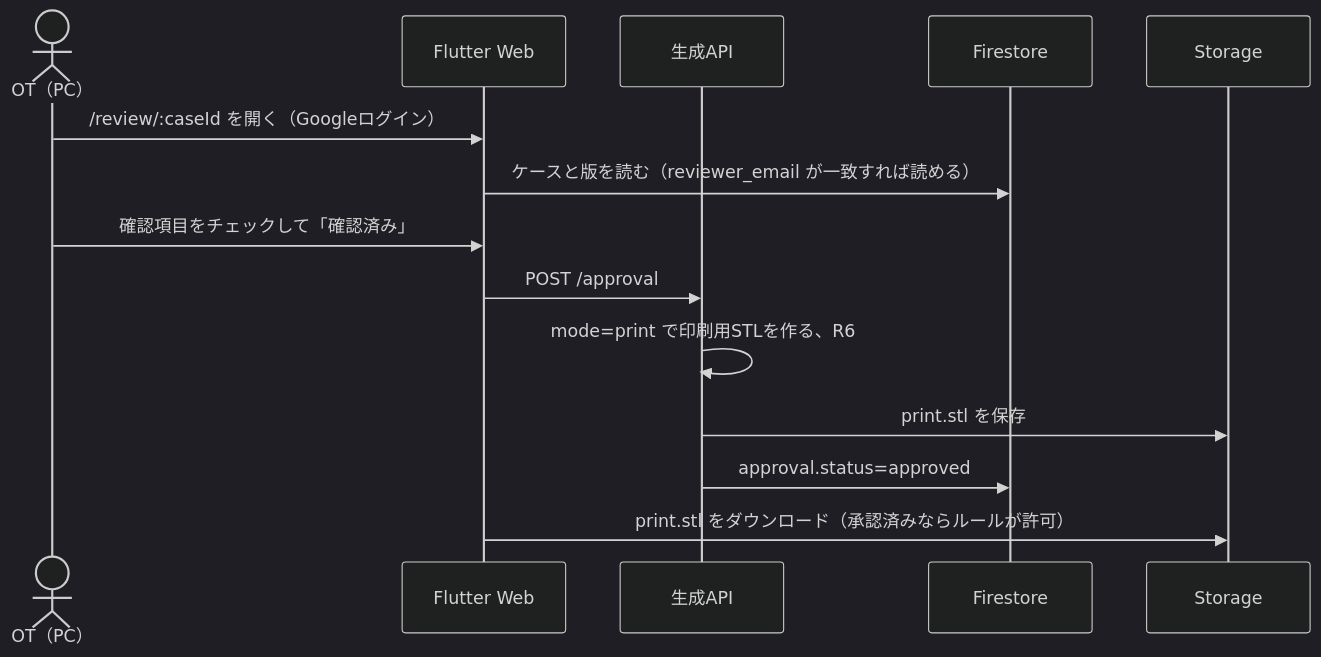
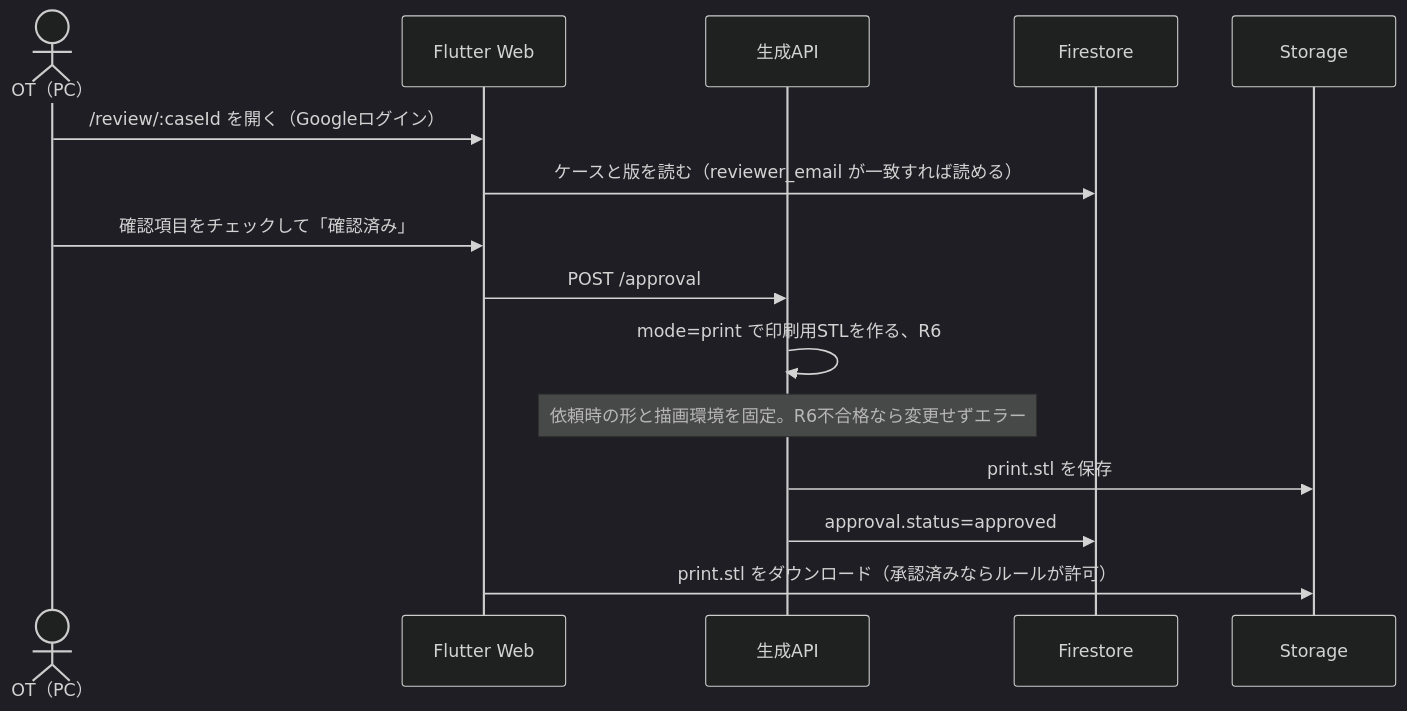
The fourth of 4 diagrams in docs/architecture.md (Devfest-Hackathon-2026/df-2026-t101), drawn with Mermaid (dark theme) before and after one commit. The commit also changed other lines of this file and 9 other files, not shown here.

````diff
--- a/docs/architecture.md
+++ b/docs/architecture.md
@@ -134,16 +135,17 @@
 ```mermaid
 sequenceDiagram
   actor OT as OT（PC）
   participant App as Flutter Web
   participant API as 生成API
   participant FS as Firestore
   participant ST as Storage
   OT->>App: /review/:caseId を開く（Googleログイン）
   App->>FS: ケースと版を読む（reviewer_email が一致すれば読める）
   OT->>App: 確認項目をチェックして「確認済み」
   App->>API: POST /approval
   API->>API: mode=print で印刷用STLを作る、R6
+  Note over API: 依頼時の形と描画環境を固定。R6不合格なら変更せずエラー
   API->>ST: print.stl を保存
   API->>FS: approval.status=approved
   App->>ST: print.stl をダウンロード（承認済みならルールが許可）
 ```
````
